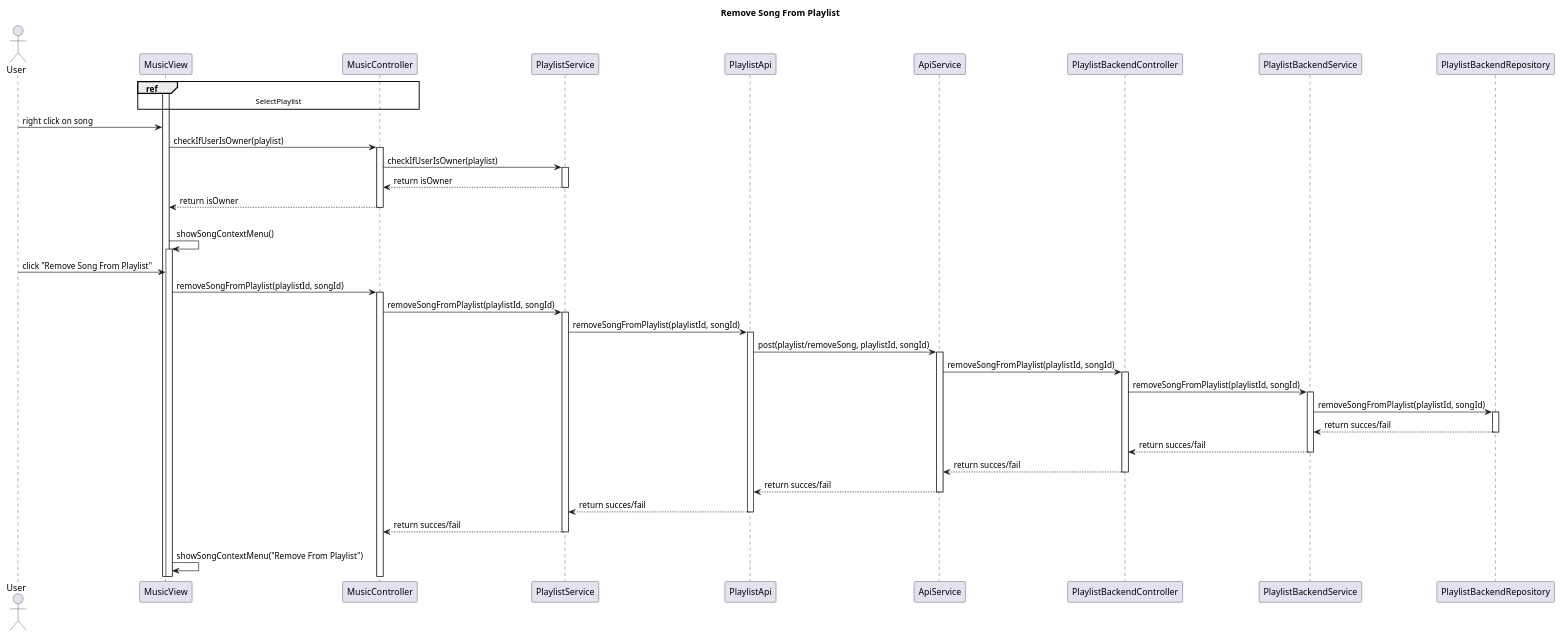
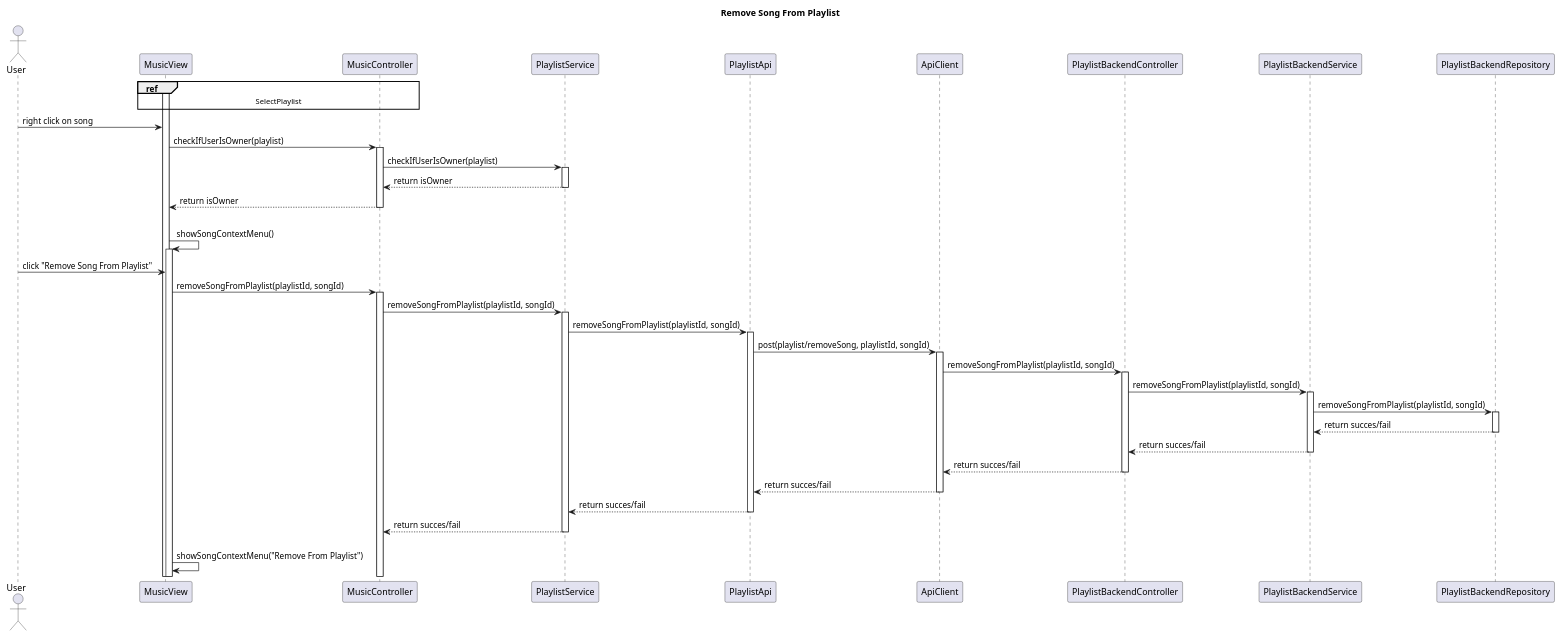
One commit to RubenKingCP/Tunix changed the diagram in Paradoteo_4/SequenceDiagrams-v0.3/RemoveSongFromPlaylist.puml. Above: the diagram before and after it, drawn with PlantUML. The commit also changed 40 other files, not shown here.

```diff
--- a/Paradoteo_4/SequenceDiagrams-v0.3/RemoveSongFromPlaylist.puml
+++ b/Paradoteo_4/SequenceDiagrams-v0.3/RemoveSongFromPlaylist.puml
@@ -1,63 +1,63 @@
 @startuml RemoveSongFromPlaylist
 
 title Remove Song From Playlist
 
 actor User
 
 participant MusicView
 participant MusicController
 participant PlaylistService
 participant PlaylistApi
-participant ApiService
+participant ApiClient
 participant PlaylistBackendController
 participant PlaylistBackendService
 participant PlaylistBackendRepository
 
 
 ref over MusicView, MusicController
 SelectPlaylist
 end ref
 activate MusicView
 User -> MusicView : right click on song
 MusicView -> MusicController : checkIfUserIsOwner(playlist)
 activate MusicController
 MusicController -> PlaylistService : checkIfUserIsOwner(playlist)
 activate PlaylistService
 PlaylistService --> MusicController : return isOwner
 deactivate PlaylistService
 MusicController --> MusicView : return isOwner
 deactivate MusicController
 alt isOwner
     MusicView -> MusicView : showSongContextMenu()
     activate MusicView
     User -> MusicView : click "Remove Song From Playlist"
     MusicView -> MusicController : removeSongFromPlaylist(playlistId, songId)
     activate MusicController
     MusicController -> PlaylistService : removeSongFromPlaylist(playlistId, songId)
     activate PlaylistService
     PlaylistService -> PlaylistApi : removeSongFromPlaylist(playlistId, songId)
     activate PlaylistApi
-    PlaylistApi -> ApiService : post(playlist/removeSong, playlistId, songId)
-    activate ApiService
-    ApiService -> PlaylistBackendController : removeSongFromPlaylist(playlistId, songId)
+    PlaylistApi -> ApiClient : post(playlist/removeSong, playlistId, songId)
+    activate ApiClient
+    ApiClient -> PlaylistBackendController : removeSongFromPlaylist(playlistId, songId)
     activate PlaylistBackendController
     PlaylistBackendController -> PlaylistBackendService : removeSongFromPlaylist(playlistId, songId)
     activate PlaylistBackendService
     PlaylistBackendService -> PlaylistBackendRepository : removeSongFromPlaylist(playlistId, songId)
     activate PlaylistBackendRepository
     PlaylistBackendRepository --> PlaylistBackendService : return succes/fail
     deactivate PlaylistBackendRepository
     PlaylistBackendService --> PlaylistBackendController : return succes/fail
     deactivate PlaylistBackendService
-    PlaylistBackendController --> ApiService : return succes/fail
+    PlaylistBackendController --> ApiClient : return succes/fail
     deactivate PlaylistBackendController
-    ApiService --> PlaylistApi : return succes/fail
-    deactivate ApiService
+    ApiClient --> PlaylistApi : return succes/fail
+    deactivate ApiClient
     PlaylistApi --> PlaylistService : return succes/fail
     deactivate PlaylistApi
     PlaylistService --> MusicController : return succes/fail
     deactivate PlaylistService
 else !isOwner
     MusicView -> MusicView : showSongContextMenu("Remove From Playlist")
     'an overloaded method where the argument is the excluded element
 @enduml
```
